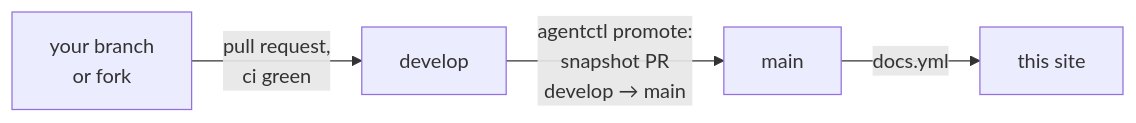
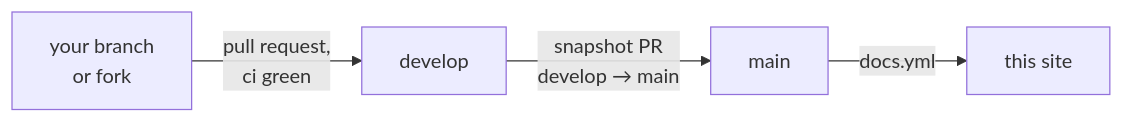
The second of 3 diagrams in docs/site/repos/index.md (adams-shaun/gorge), drawn with Mermaid before and after one commit. The commit also changed other lines of this file and 39 other files, not shown here.

````diff
--- a/docs/site/repos/index.md
+++ b/docs/site/repos/index.md
@@ -206,6 +206,6 @@
 ```mermaid
 flowchart LR
   pr["your branch<br/>or fork"] -->|"pull request,<br/>ci green"| develop["develop"]
-  develop -->|"agentctl promote:<br/>snapshot PR<br/>develop → main"| main["main"]
+  develop -->|"snapshot PR<br/>develop → main"| main["main"]
   main -->|"docs.yml"| site["this site"]
 ```
````
